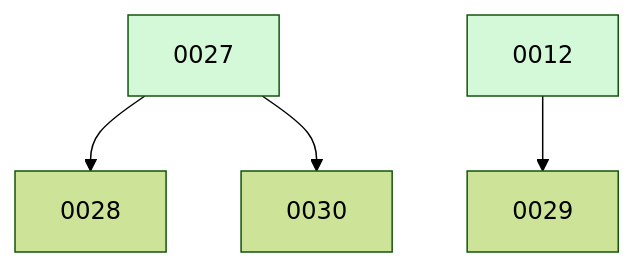
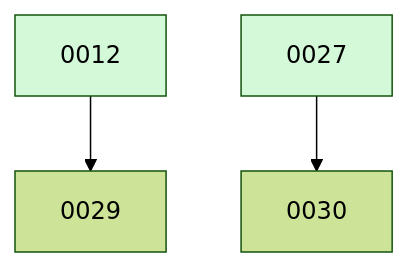
Before and after one commit to ethanhinson/fuse: the diagram in docs/changes/BOARD.md, drawn with Mermaid (forest theme). The commit also changed other lines of this file, not shown here.

````diff
--- a/docs/changes/BOARD.md
+++ b/docs/changes/BOARD.md
@@ -23,9 +17,8 @@
 ```mermaid
 graph TD
-  0027 --> 0028
   0012 --> 0029
   0027 --> 0030
   0012:::done
   0027:::done
   classDef done fill:#d3f9d8;
 ```
````
